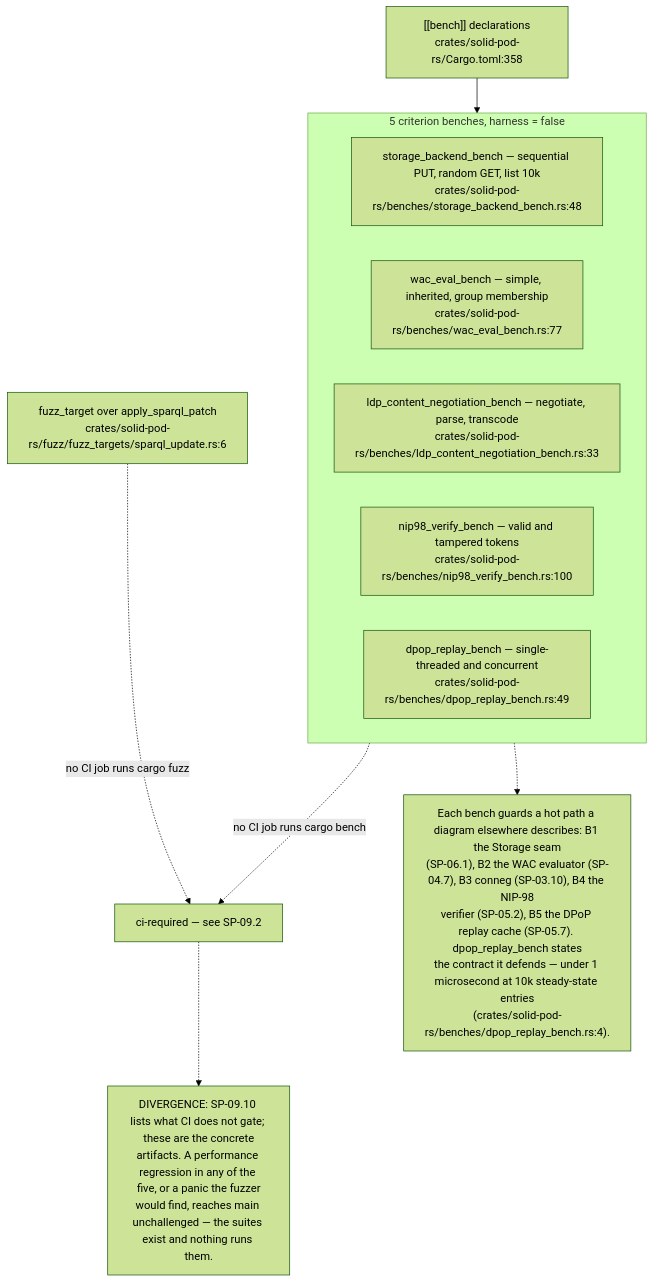
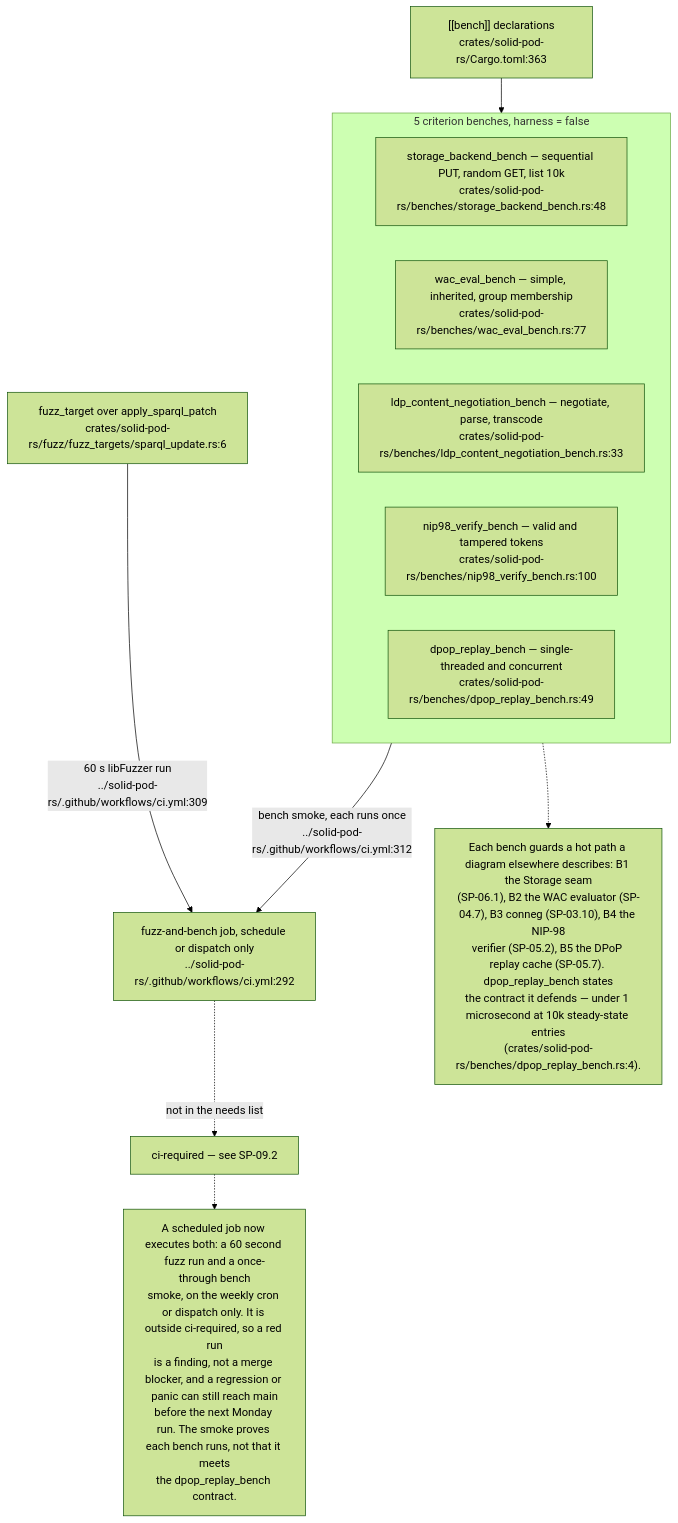
One commit to DreamLab-AI/VisionFlow changed the eighth of 9 diagrams in docs/diagrams/solid-pod-rs/09-ci-release-and-consumer-pins.md. Above: the diagram before and after it, drawn with Mermaid (forest theme). The commit also changed other lines of this file and 160 other files, not shown here.

````diff
--- a/docs/diagrams/solid-pod-rs/09-ci-release-and-consumer-pins.md
+++ b/docs/diagrams/solid-pod-rs/09-ci-release-and-consumer-pins.md
@@ -253,22 +275,24 @@
 ```mermaid
 flowchart TD
     subgraph BENCH["5 criterion benches, harness = false"]
         B1["storage_backend_bench — sequential PUT, random GET, list 10k<br/>crates/solid-pod-rs/benches/storage_backend_bench.rs:48"]
         B2["wac_eval_bench — simple, inherited, group membership<br/>crates/solid-pod-rs/benches/wac_eval_bench.rs:77"]
         B3["ldp_content_negotiation_bench — negotiate, parse, transcode<br/>crates/solid-pod-rs/benches/ldp_content_negotiation_bench.rs:33"]
         B4["nip98_verify_bench — valid and tampered tokens<br/>crates/solid-pod-rs/benches/nip98_verify_bench.rs:100"]
         B5["dpop_replay_bench — single-threaded and concurrent<br/>crates/solid-pod-rs/benches/dpop_replay_bench.rs:49"]
     end
-    DECL["[[bench]] declarations<br/>crates/solid-pod-rs/Cargo.toml:358"]
+    DECL["[[bench]] declarations<br/>crates/solid-pod-rs/Cargo.toml:363"]
     FUZZ["fuzz_target over apply_sparql_patch<br/>crates/solid-pod-rs/fuzz/fuzz_targets/sparql_update.rs:6"]
     CI["ci-required — see SP-09.2"]
+    SCH["fuzz-and-bench job, schedule or dispatch only<br/>../solid-pod-rs/.github/workflows/ci.yml:292"]
 
     DECL --> BENCH
-    BENCH -. "no CI job runs cargo bench" .-> CI
-    FUZZ -. "no CI job runs cargo fuzz" .-> CI
+    BENCH -- "bench smoke, each runs once<br/>../solid-pod-rs/.github/workflows/ci.yml:312" --> SCH
+    FUZZ -- "60 s libFuzzer run<br/>../solid-pod-rs/.github/workflows/ci.yml:309" --> SCH
+    SCH -. "not in the needs list" .-> CI
 
     N["Each bench guards a hot path a diagram elsewhere describes: B1 the Storage seam<br/>(SP-06.1), B2 the WAC evaluator (SP-04.7), B3 conneg (SP-03.10), B4 the NIP-98<br/>verifier (SP-05.2), B5 the DPoP replay cache (SP-05.7). dpop_replay_bench states<br/>the contract it defends — under 1 microsecond at 10k steady-state entries<br/>(crates/solid-pod-rs/benches/dpop_replay_bench.rs:4)."]
     BENCH -.-> N
-    N2["DIVERGENCE: SP-09.10 lists what CI does not gate; these are the concrete<br/>artifacts. A performance regression in any of the five, or a panic the fuzzer<br/>would find, reaches main unchallenged — the suites exist and nothing runs them."]
+    N2["A scheduled job now executes both: a 60 second fuzz run and a once-through bench<br/>smoke, on the weekly cron or dispatch only. It is outside ci-required, so a red run<br/>is a finding, not a merge blocker, and a regression or panic can still reach main<br/>before the next Monday run. The smoke proves each bench runs, not that it meets<br/>the dpop_replay_bench contract."]
     CI -.-> N2
 ```
````
